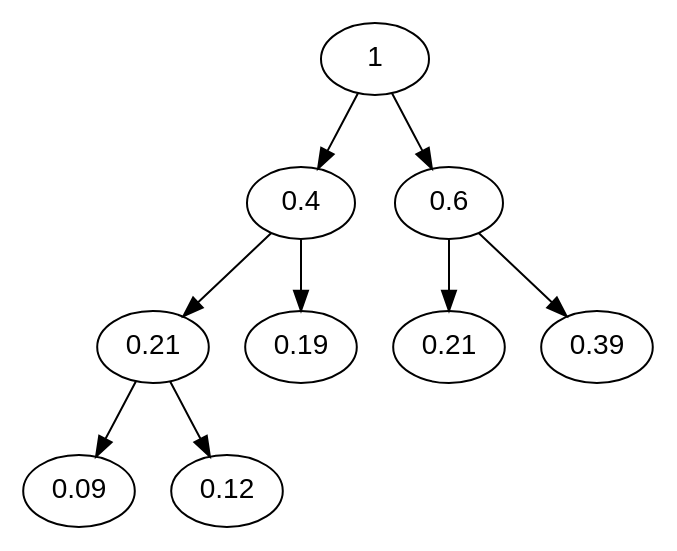
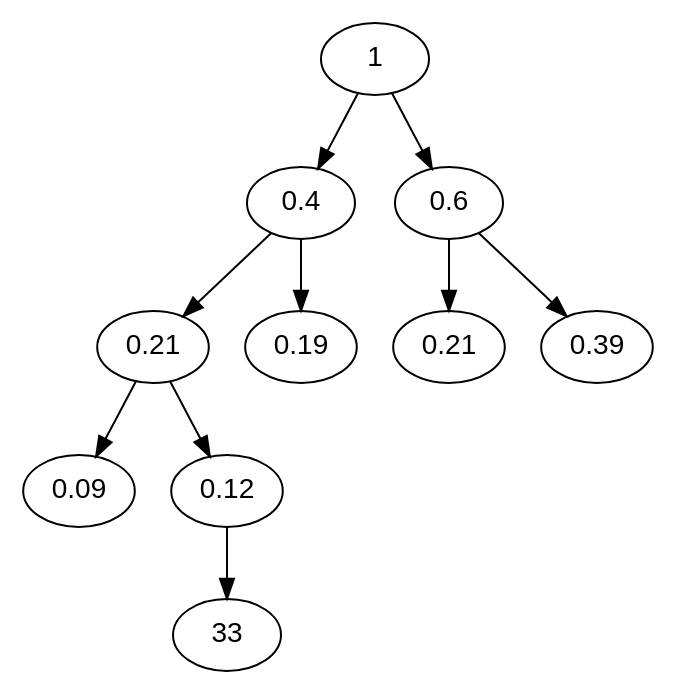
Before and after one commit to lukas-hen/compression: the diagram in resources/example.dot, drawn with Graphviz. The commit also changed 6 other files, not shown here.

```diff
--- a/resources/example.dot
+++ b/resources/example.dot
@@ -1,17 +1,19 @@
 digraph BST {
     node [fontname="Arial" ];
     l1  [ label = "1" ];
     l21 [ label = "0.4" ];
     l22 [ label = "0.6" ];
     l31 [ label = "0.21" ];
     l32 [ label = "0.19" ];
     l33 [ label = "0.21" ];
     l34 [ label = "0.39" ];
     l41 [ label = "0.09" ];
     l42 [ label = "0.12" ];
+    l43 [ label = "33" ];
 
     l1  -> { l21 l22 };
     l21 -> { l31 l32 };
     l22 -> { l33 l34 };
     l31 -> { l41 l42 };
+    l42 -> { l43 };
 }
```
